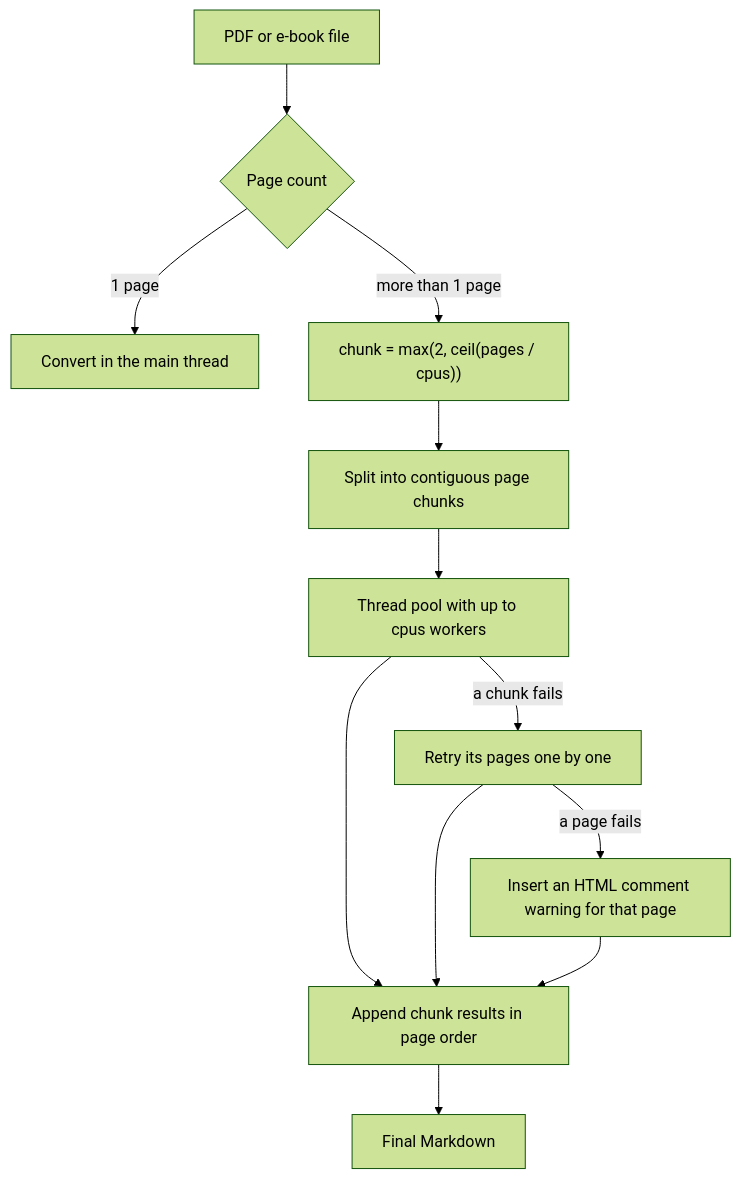
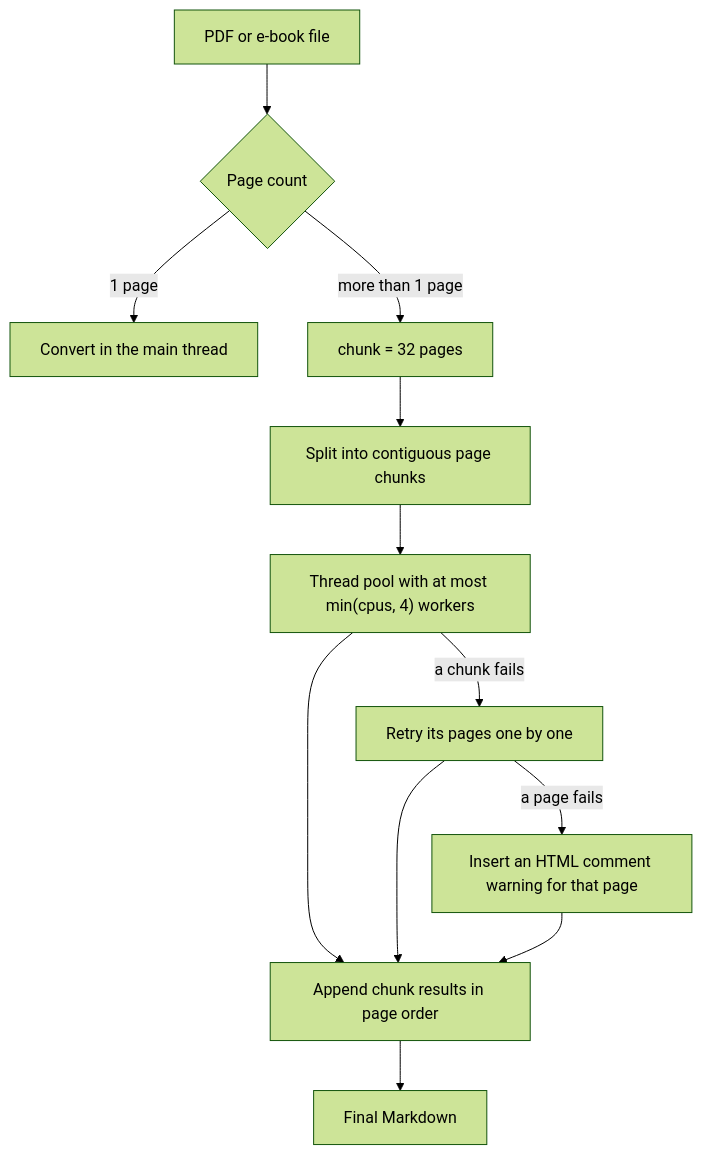
One commit to sergeypugin/hammerdown changed the diagram in docs/PERFORMANCE.md. Above: the diagram before and after it, drawn with Mermaid (forest theme). The commit also changed other lines of this file and 33 other files, not shown here.

````diff
--- a/docs/PERFORMANCE.md
+++ b/docs/PERFORMANCE.md
@@ -39,14 +39,14 @@
 ```mermaid
 flowchart TD
     A[PDF or e-book file] --> B{Page count}
     B -->|1 page| C[Convert in the main thread]
-    B -->|more than 1 page| D["chunk = max(2, ceil(pages / cpus))"]
+    B -->|more than 1 page| D["chunk = 32 pages"]
     D --> E[Split into contiguous page chunks]
-    E --> F[Thread pool with up to cpus workers]
+    E --> F["Thread pool with at most min(cpus, 4) workers"]
     F --> G[Append chunk results in page order]
     G --> H[Final Markdown]
     F -->|a chunk fails| I[Retry its pages one by one]
     I -->|a page fails| J[Insert an HTML comment warning for that page]
     I --> G
     J --> G
 ```
````
